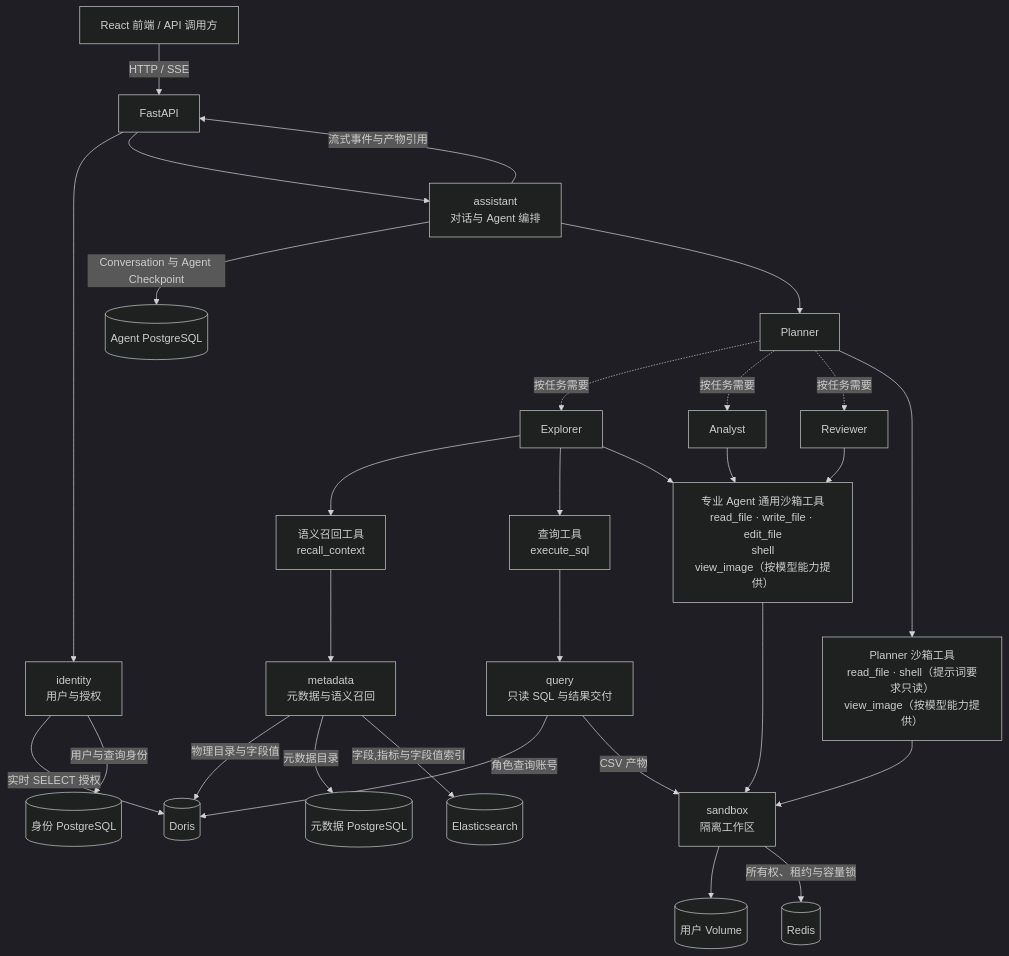
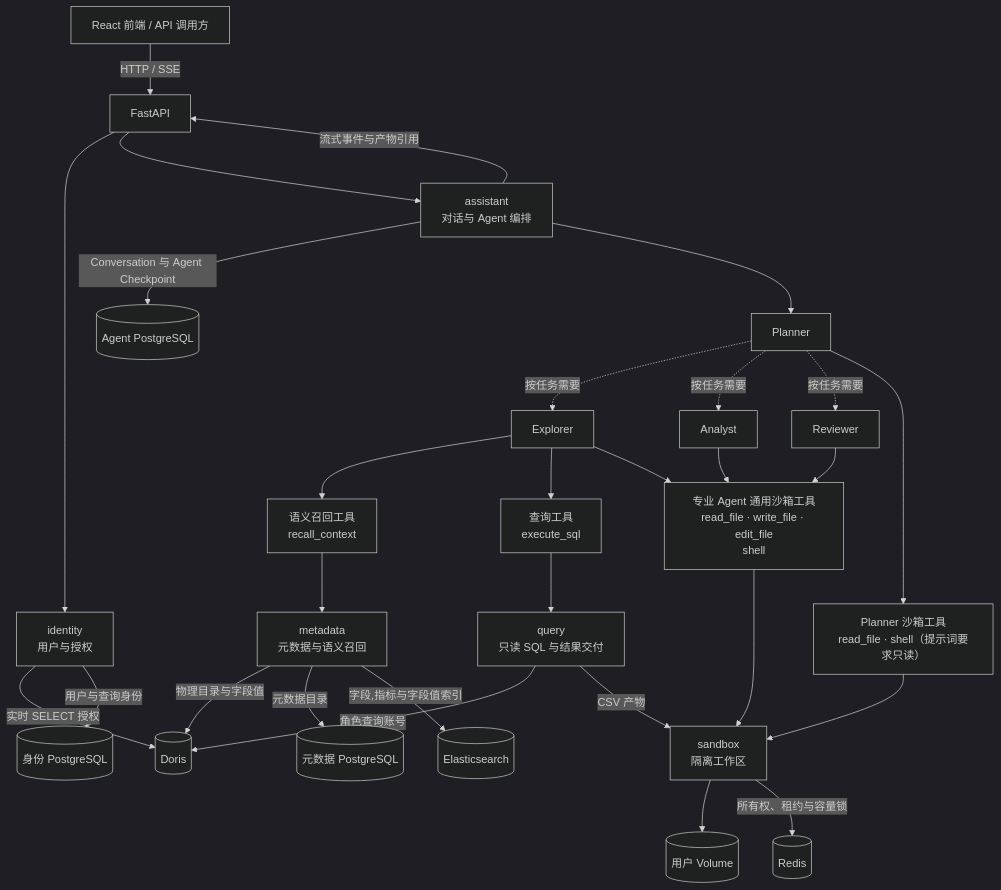
One commit to 2739673455/dataagent changed the first of 4 diagrams in docs/00_架构与协作总览.md. Above: the diagram before and after it, drawn with Mermaid (dark theme). The commit also changed other lines of this file and 28 other files, not shown here.

````diff
--- a/docs/00_架构与协作总览.md
+++ b/docs/00_架构与协作总览.md
@@ -7,33 +7,33 @@
 ```mermaid
 flowchart TD
     U[React 前端 / API 调用方] -->|HTTP / SSE| API[FastAPI]
     API --> I[identity<br/>用户与授权]
     API --> A[assistant<br/>对话与 Agent 编排]
     A -->|Conversation 与 Agent Checkpoint| AGENT_PG[(Agent PostgreSQL)]
     A -->|流式事件与产物引用| API
     A --> P[Planner]
     P -. 按任务需要 .-> E[Explorer]
     P -. 按任务需要 .-> N[Analyst]
     P -. 按任务需要 .-> R[Reviewer]
 
     E --> RECALL["语义召回工具<br/>recall_context"]
     E --> SQL["查询工具<br/>execute_sql"]
-    E --> FILES["专业 Agent 通用沙箱工具<br/>read_file · write_file · edit_file<br/>shell<br/>view_image（按模型能力提供）"]
+    E --> FILES["专业 Agent 通用沙箱工具<br/>read_file · write_file · edit_file<br/>shell"]
     N --> FILES
     R --> FILES
-    P --> PFILES["Planner 沙箱工具<br/>read_file · shell（提示词要求只读）<br/>view_image（按模型能力提供）"]
+    P --> PFILES["Planner 沙箱工具<br/>read_file · shell（提示词要求只读）"]
 
     RECALL --> M[metadata<br/>元数据与语义召回]
     SQL --> Q[query<br/>只读 SQL 与结果交付]
     FILES --> S[sandbox<br/>隔离工作区]
     PFILES --> S
     Q -->|角色查询账号| D[(Doris)]
     I -->|实时 SELECT 授权| D
     M -->|物理目录与字段值| D
     Q -->|CSV 产物| S
     S --> VOL[(用户 Volume)]
     S -->|所有权、租约与容量锁| REDIS[(Redis)]
     I -->|用户与查询身份| AUTH_PG[(身份 PostgreSQL)]
     M -->|元数据目录| META_PG[(元数据 PostgreSQL)]
     M -->|字段,指标与字段值索引| ES[(Elasticsearch)]
 ```
````
